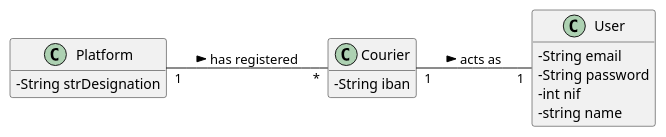
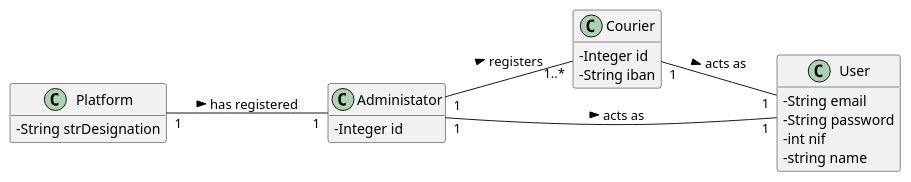
Before and after one commit to tiagoavcosta25/LAPR3: the diagram in docs/Iteration 1/Courier Management/US19_RegisterCourier/US19_DM.puml, drawn with PlantUML. The commit also changed 15 other files, not shown here.

```diff
--- a/docs/Iteration 1/Courier Management/US19_RegisterCourier/US19_DM.puml
+++ b/docs/Iteration 1/Courier Management/US19_RegisterCourier/US19_DM.puml
@@ -1,24 +1,31 @@
 @startuml
 skinparam classAttributeIconSize 0
 hide methods
 left to right direction
 
 class Platform {
   -String strDesignation
 }
 
 class Courier {
+      -Integer id
       -String iban
+}
+
+class Administator {
+      -Integer id
 }
 
 
 class User{
   -String email
   -String password
   -int nif
   -string name
 }
 
-Platform "1" -- "*" Courier : has registered >
+Platform "1" -- "1" Administator : has registered >
+Administator "1" -- "1..*" Courier : registers >
 Courier "1" -- "1" User: acts as  >
+Administator "1" -- "1" User: acts as  >
 @enduml
```
